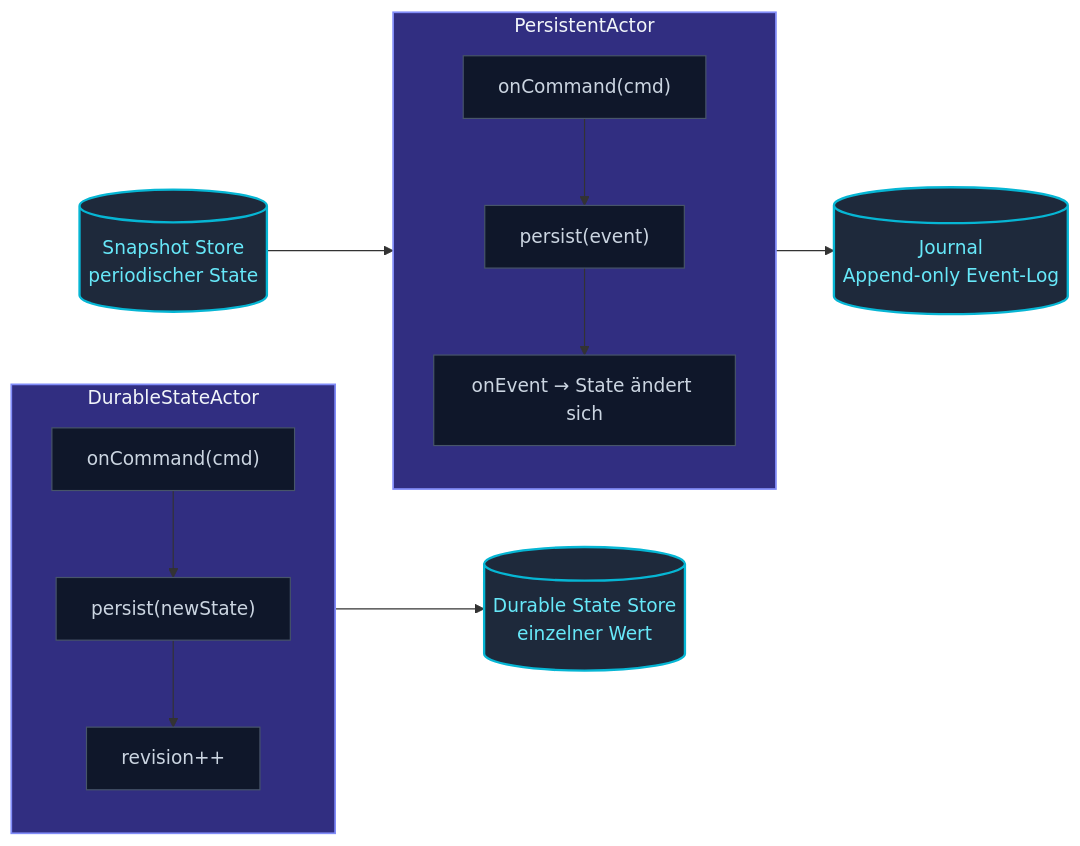
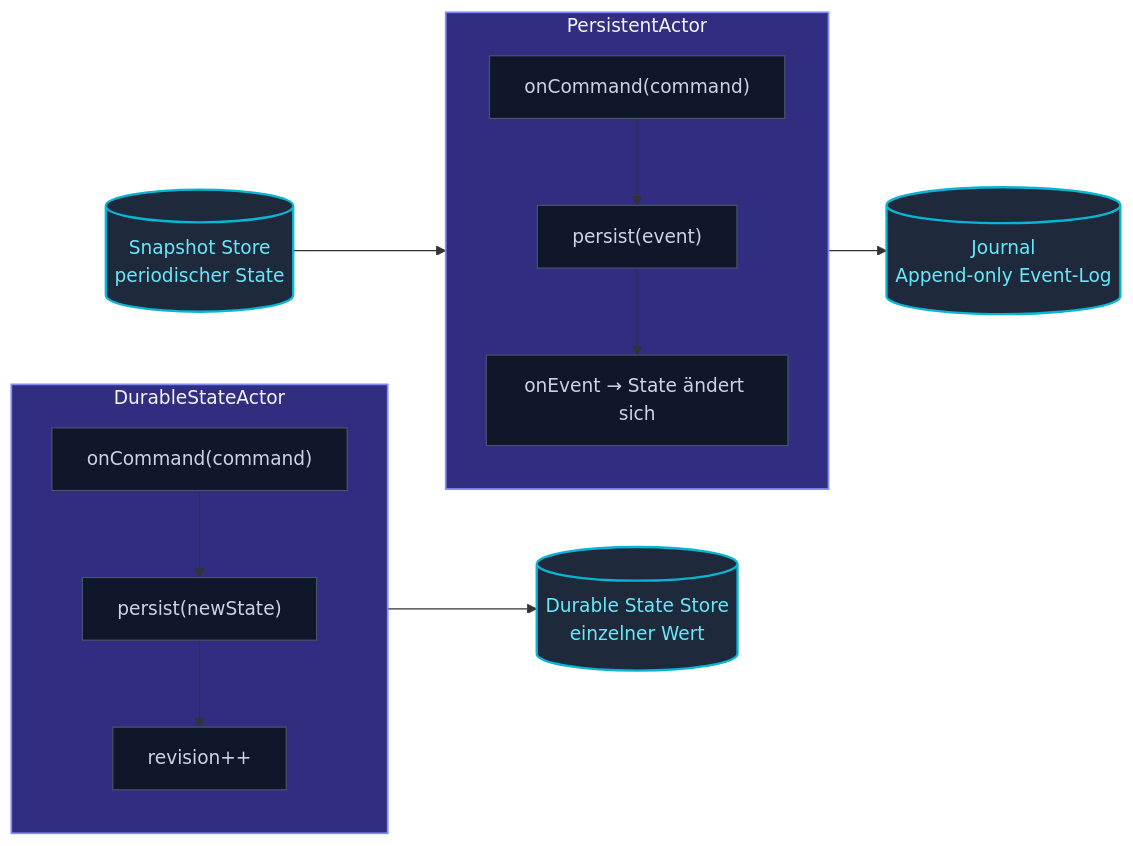
The first of 2 diagrams in docs/src/content/docs/de/persistence/overview.mdx (pathosDev/actor-ts), drawn with Mermaid before and after one commit. The commit also changed other lines of this file and 185 other files, not shown here.

````diff
--- a/docs/src/content/docs/de/persistence/overview.mdx
+++ b/docs/src/content/docs/de/persistence/overview.mdx
@@ -23,31 +23,31 @@
 ```mermaid
 flowchart LR
   subgraph PA["PersistentActor"]
     direction TB
-    PA_CMD["onCommand(cmd)"]
+    PA_CMD["onCommand(command)"]
     PA_PERSIST["persist(event)"]
     PA_EVT["onEvent → State ändert sich"]
     PA_CMD --> PA_PERSIST --> PA_EVT
   end
   JOURNAL[("Journal<br/>Append-only Event-Log")]
   SNAPSHOT[("Snapshot Store<br/>periodischer State")]
   PA_PERSIST --> JOURNAL
   SNAPSHOT --> PA_EVT
 
   subgraph DSA["DurableStateActor"]
     direction TB
-    DSA_CMD["onCommand(cmd)"]
+    DSA_CMD["onCommand(command)"]
     DSA_PERSIST["persist(newState)"]
     DSA_REV["revision++"]
     DSA_CMD --> DSA_PERSIST --> DSA_REV
   end
   DSTORE[("Durable State Store<br/>einzelner Wert")]
   DSA_PERSIST --> DSTORE
 
   classDef actor   fill:#312e81,stroke:#818cf8,stroke-width:1.5px,color:#f1f5f9;
   classDef store   fill:#1e293b,stroke:#06b6d4,stroke-width:2px,color:#67e8f9;
   classDef step    fill:#0f172a,stroke:#475569,color:#cbd5e1;
   class PA,DSA actor
   class JOURNAL,SNAPSHOT,DSTORE store
   class PA_CMD,PA_PERSIST,PA_EVT,DSA_CMD,DSA_PERSIST,DSA_REV step
 ```
````
